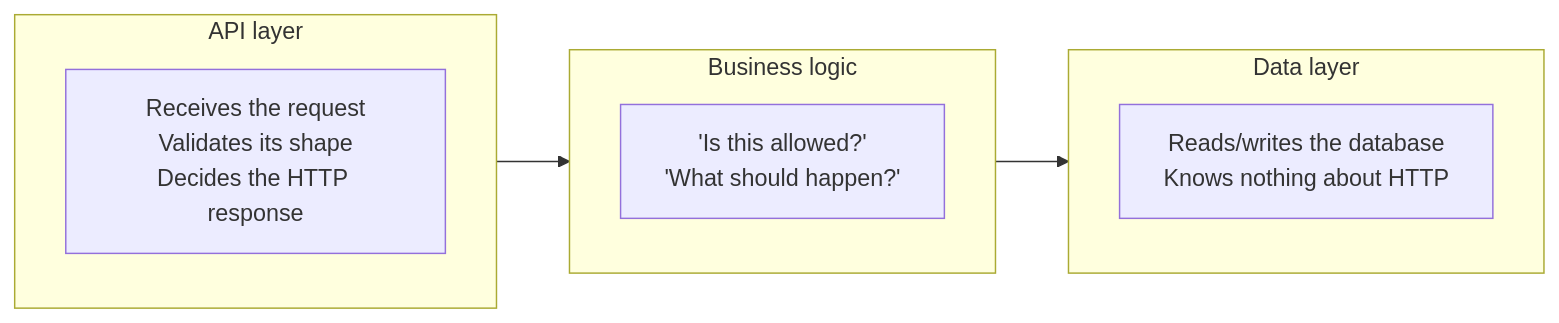
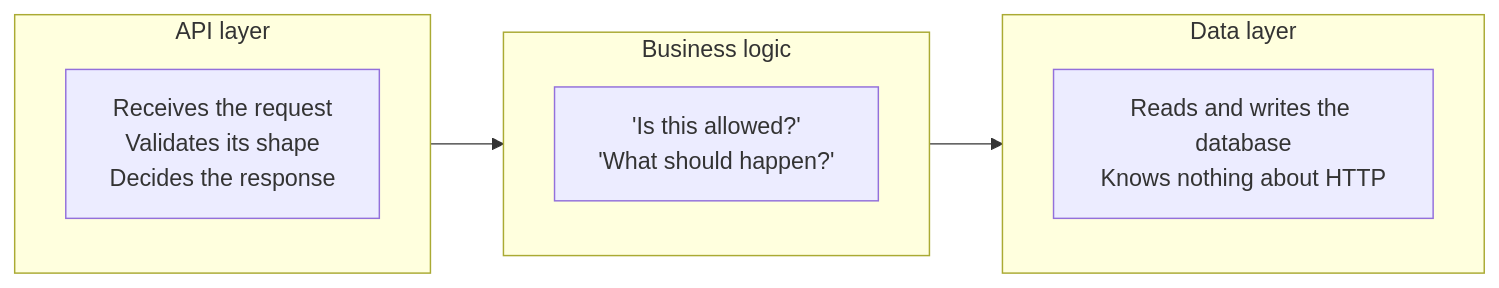
One commit to Samarthpande1510/backend_101 changed the third of 4 diagrams in README.md. Above: the diagram before and after it, drawn with Mermaid. The commit also changed other lines of this file, not shown here.

````diff
--- a/README.md
+++ b/README.md
@@ -196,16 +209,16 @@
 ```mermaid
 flowchart LR
     subgraph API["API layer"]
         direction TB
-        A1["Receives the request<br/>Validates its shape<br/>Decides the HTTP response"]
+        A1["Receives the request<br/>Validates its shape<br/>Decides the response"]
     end
     subgraph Logic["Business logic"]
         direction TB
         L1["'Is this allowed?'<br/>'What should happen?'"]
     end
     subgraph Data["Data layer"]
         direction TB
-        D1["Reads/writes the database<br/>Knows nothing about HTTP"]
+        D1["Reads and writes the database<br/>Knows nothing about HTTP"]
     end
     API --> Logic --> Data
 ```
````
